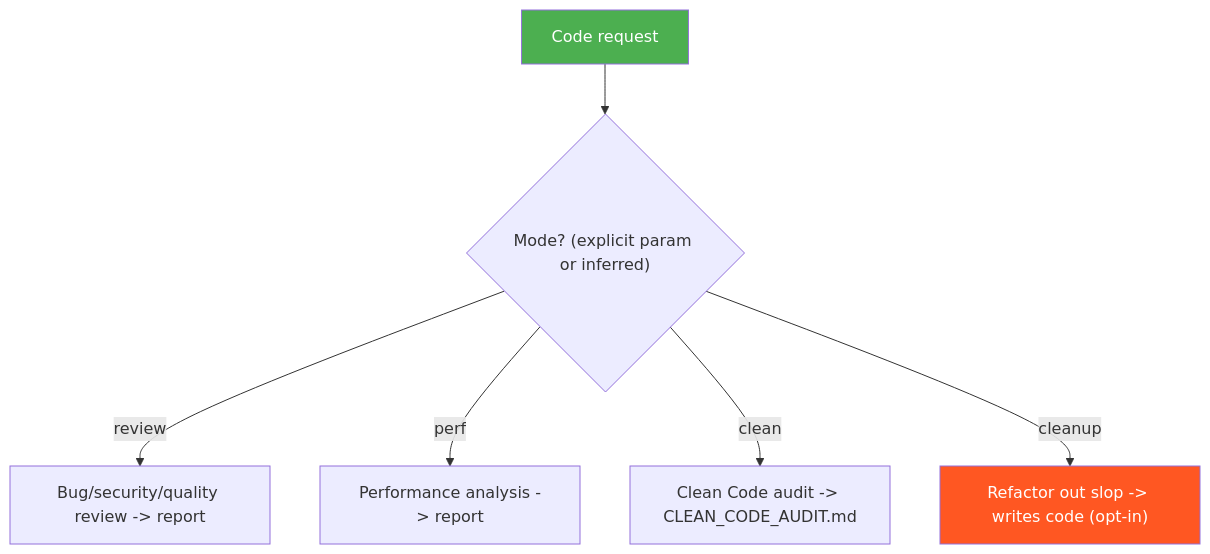
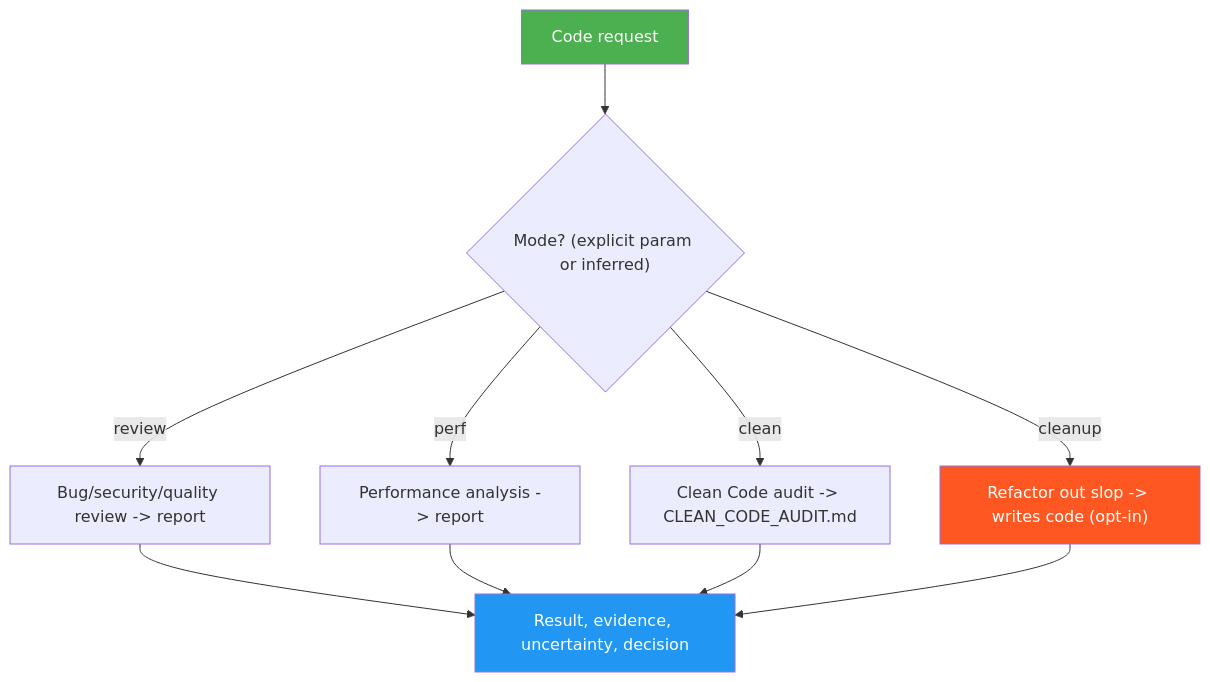
One commit to hongphuc5497/skills changed the diagram in skills/code-review/docs/README.md. Above: the diagram before and after it, drawn with Mermaid. The commit also changed other lines of this file and 72 other files, not shown here.

````diff
--- a/skills/code-review/docs/README.md
+++ b/skills/code-review/docs/README.md
@@ -35,10 +43,15 @@
 ```mermaid
 graph TD
     A["Code request"] --> M{"Mode? (explicit param or inferred)"}
     M -->|review| R["Bug/security/quality review -> report"]
     M -->|perf| P["Performance analysis -> report"]
     M -->|clean| C["Clean Code audit -> CLEAN_CODE_AUDIT.md"]
     M -->|cleanup| U["Refactor out slop -> writes code (opt-in)"]
+    R --> S["Result, evidence, uncertainty, decision"]
+    P --> S
+    C --> S
+    U --> S
     style A fill:#4CAF50,color:#fff
     style U fill:#FF5722,color:#fff
+    style S fill:#2196F3,color:#fff
 ```
````
